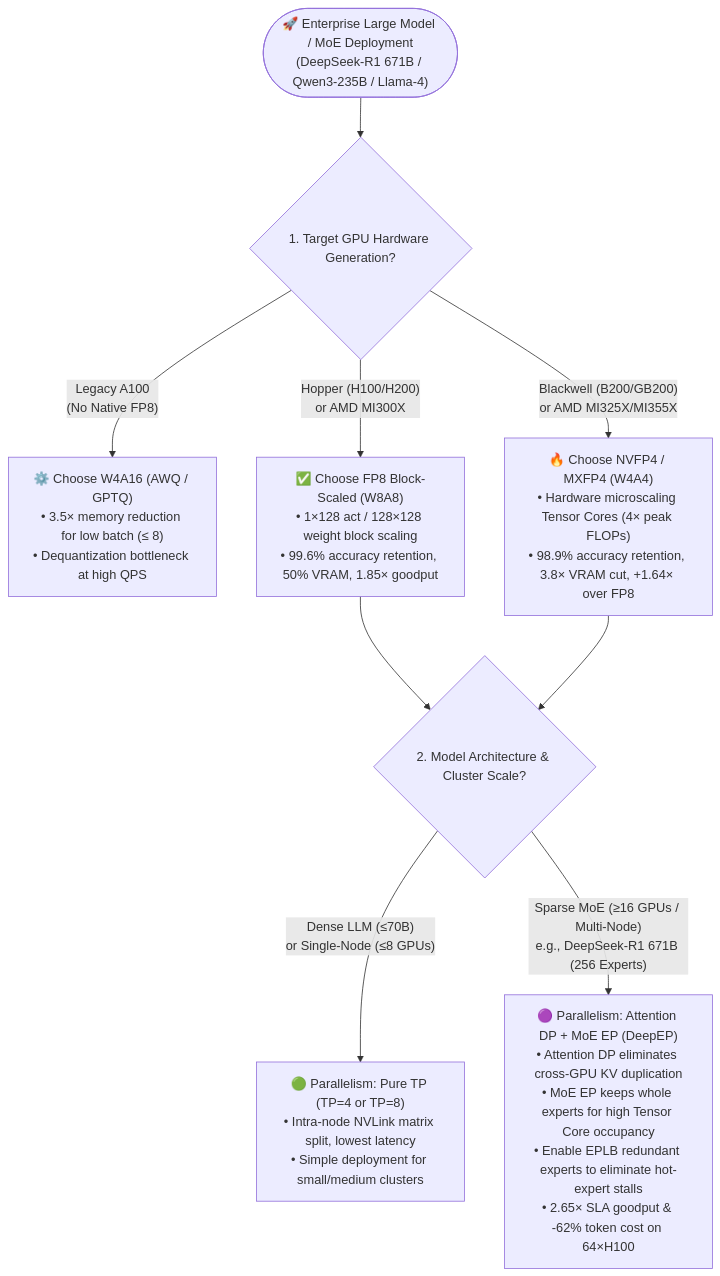
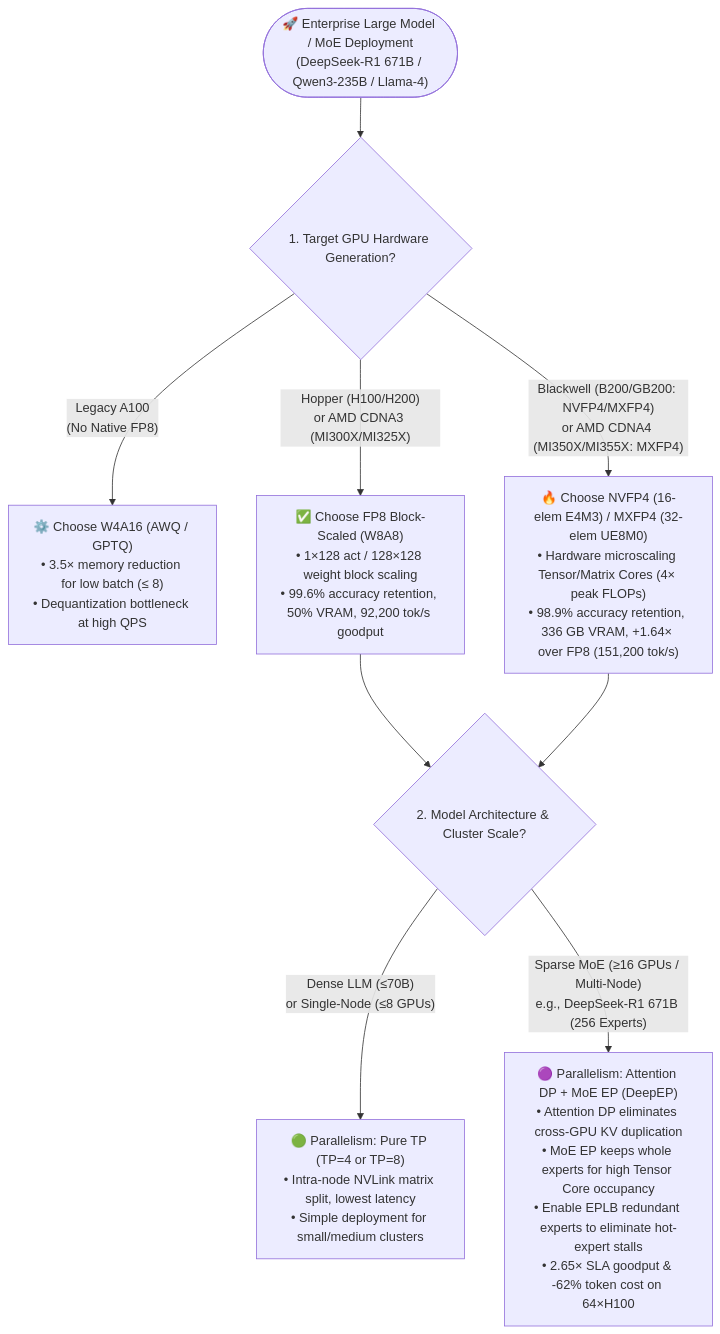
The first of 3 diagrams in docs/components/moe-quantization-parallelism-selection-faq.en.md (turbo998/ai-infra-research), drawn with Mermaid before and after one commit. The commit also changed other lines of this file and 34 other files, not shown here.

````diff
--- a/docs/components/moe-quantization-parallelism-selection-faq.en.md
+++ b/docs/components/moe-quantization-parallelism-selection-faq.en.md
@@ -80,14 +83,14 @@
 ```mermaid
 flowchart TD
     Start(["🚀 Enterprise Large Model / MoE Deployment\n(DeepSeek-R1 671B / Qwen3-235B / Llama-4)"]) --> Q_HW{"1. Target GPU Hardware Generation?"}
 
     Q_HW -- "Legacy A100\n(No Native FP8)" --> Opt_W4A16["⚙️ Choose W4A16 (AWQ / GPTQ)\n• 3.5× memory reduction for low batch (≤ 8)\n• Dequantization bottleneck at high QPS"]
-    Q_HW -- "Hopper (H100/H200)\nor AMD MI300X" --> Opt_FP8["✅ Choose FP8 Block-Scaled (W8A8)\n• 1×128 act / 128×128 weight block scaling\n• 99.6% accuracy retention, 50% VRAM, 1.85× goodput"]
-    Q_HW -- "Blackwell (B200/GB200)\nor AMD MI325X/MI355X" --> Opt_FP4["🔥 Choose NVFP4 / MXFP4 (W4A4)\n• Hardware microscaling Tensor Cores (4× peak FLOPs)\n• 98.9% accuracy retention, 3.8× VRAM cut, +1.64× over FP8"]
+    Q_HW -- "Hopper (H100/H200)\nor AMD CDNA3 (MI300X/MI325X)" --> Opt_FP8["✅ Choose FP8 Block-Scaled (W8A8)\n• 1×128 act / 128×128 weight block scaling\n• 99.6% accuracy retention, 50% VRAM, 92,200 tok/s goodput"]
+    Q_HW -- "Blackwell (B200/GB200: NVFP4/MXFP4)\nor AMD CDNA4 (MI350X/MI355X: MXFP4)" --> Opt_FP4["🔥 Choose NVFP4 (16-elem E4M3) / MXFP4 (32-elem UE8M0)\n• Hardware microscaling Tensor/Matrix Cores (4× peak FLOPs)\n• 98.9% accuracy retention, 336 GB VRAM, +1.64× over FP8 (151,200 tok/s)"]
 
     Opt_FP8 --> Q_Model{"2. Model Architecture & Cluster Scale?"}
     Opt_FP4 --> Q_Model
 
     Q_Model -- "Dense LLM (≤70B)\nor Single-Node (≤8 GPUs)" --> Par_TP["🟢 Parallelism: Pure TP (TP=4 or TP=8)\n• Intra-node NVLink matrix split, lowest latency\n• Simple deployment for small/medium clusters"]
     Q_Model -- "Sparse MoE (≥16 GPUs / Multi-Node)\ne.g., DeepSeek-R1 671B (256 Experts)" --> Par_EP["🟣 Parallelism: Attention DP + MoE EP (DeepEP)\n• Attention DP eliminates cross-GPU KV duplication\n• MoE EP keeps whole experts for high Tensor Core occupancy\n• Enable EPLB redundant experts to eliminate hot-expert stalls\n• 2.65× SLA goodput & -62% token cost on 64×H100"]
 ```
````
